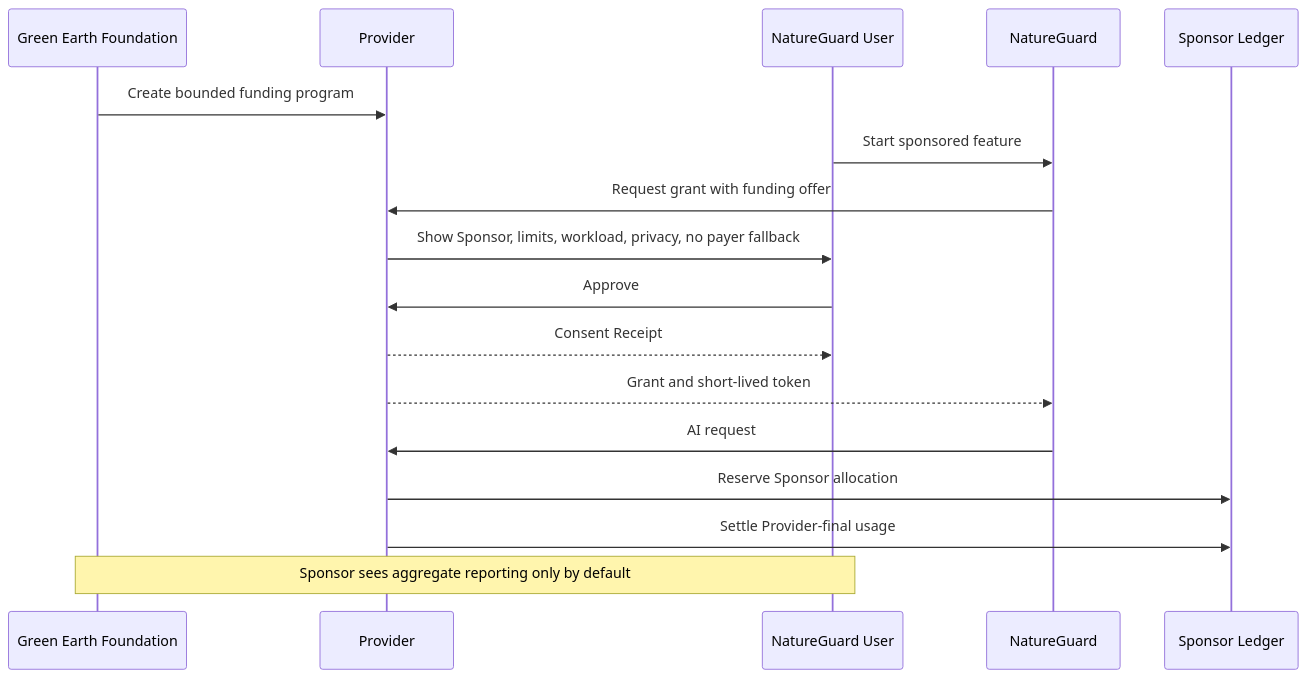
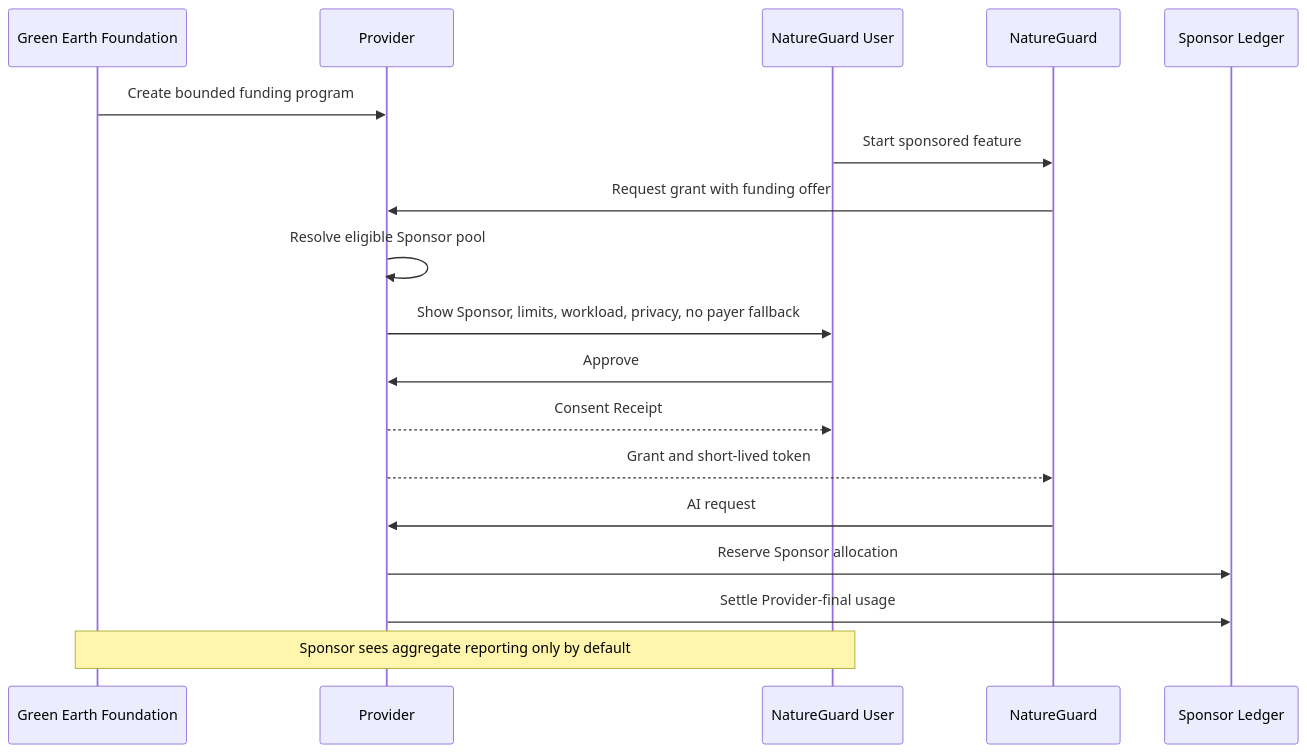
Diagram 13 of 15 in FLOWS.md (MJohnstonAI/ai-billing-delegation), drawn with Mermaid before and after one commit. The commit also changed other lines of this file and 11 other files, not shown here.

````diff
--- a/FLOWS.md
+++ b/FLOWS.md
@@ -173,20 +249,21 @@
 ```mermaid
 sequenceDiagram
     participant S as Green Earth Foundation
     participant AS as Provider
     participant U as NatureGuard User
     participant A as NatureGuard
     participant L as Sponsor Ledger
 
     S->>AS: Create bounded funding program
     U->>A: Start sponsored feature
     A->>AS: Request grant with funding offer
+    AS->>AS: Resolve eligible Sponsor pool
     AS->>U: Show Sponsor, limits, workload, privacy, no payer fallback
     U->>AS: Approve
     AS-->>U: Consent Receipt
     AS-->>A: Grant and short-lived token
     A->>AS: AI request
     AS->>L: Reserve Sponsor allocation
     AS->>L: Settle Provider-final usage
     Note over U,S: Sponsor sees aggregate reporting only by default
 ```
````
